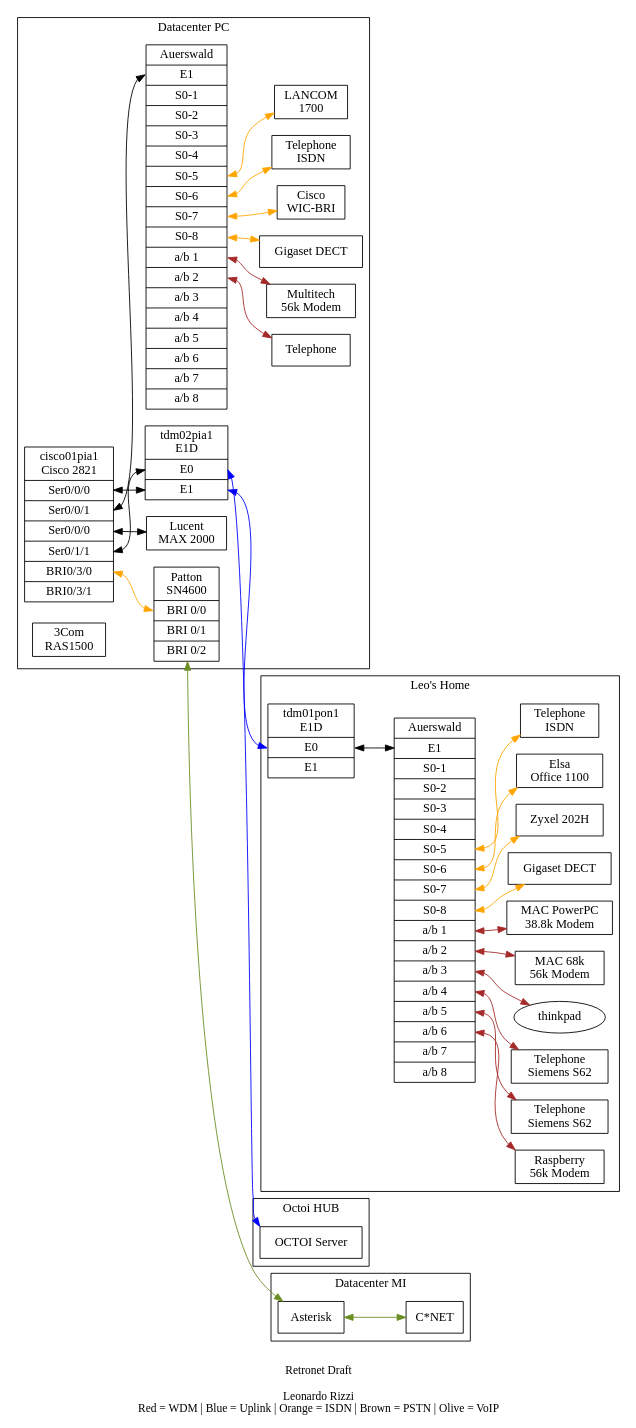
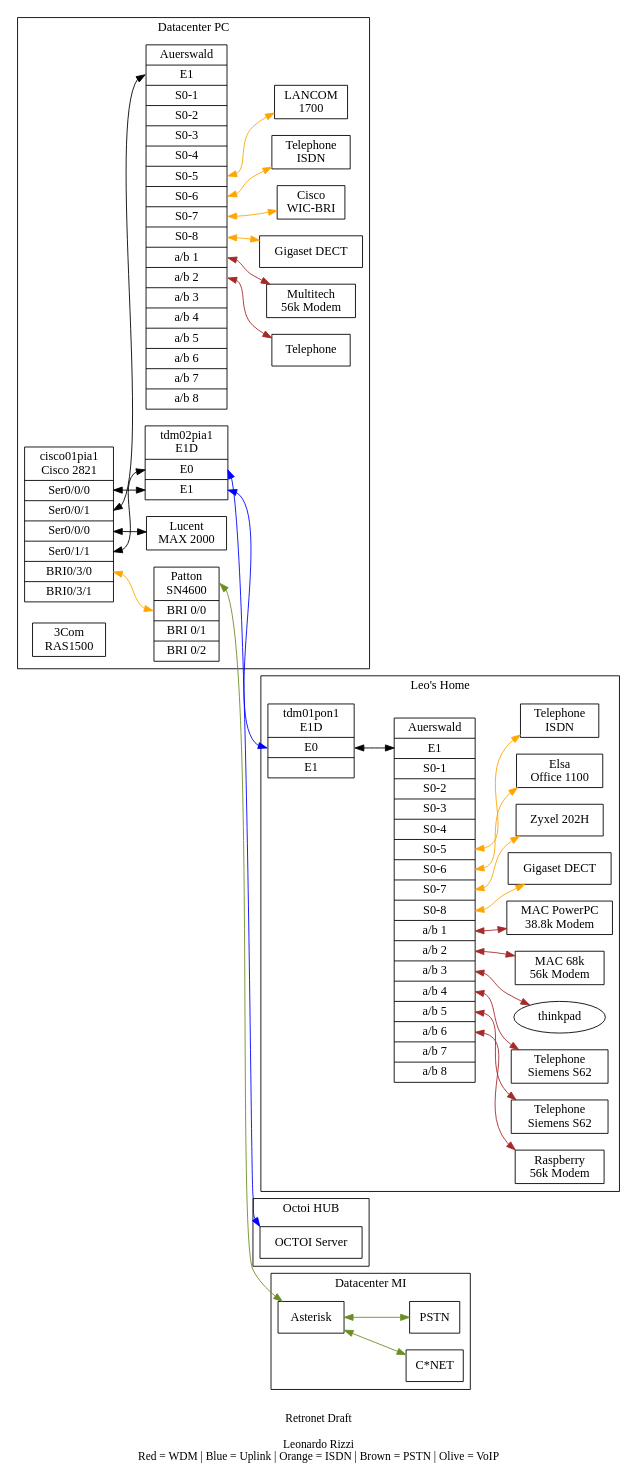
The diagram in e1d.gv (lrizzi/retronet), drawn with Graphviz before and after one commit. The commit also changed 5 other files, not shown here.

```diff
--- a/e1d.gv
+++ b/e1d.gv
@@ -1,151 +1,153 @@
 graph TDM {
 //graph [nodesep=0.5, ranksep=0.5];
 //rankdir=RL;
 rankdir=LR;
 //clusterrank=none
 compound=true;
 edge [dir="both"]
 //concentrate=true
 
 subgraph cluster0 {
   label="Datacenter PC";
   compt01pia1 [shape=record,label="<host>Auerswald|<e1>E1|<s01>S0-1|<s02>S0-2|<s03>S0-3|<s04>S0-4|<s05>S0-5|<s06>S0-6|<s07>S0-7|<s08>S0-8|<ab1>a/b 1|<ab2>a/b 2|<ab3>a/b 3|<ab4>a/b 4|<ab5>a/b 5|<ab6>a/b 6|<ab7>a/b 7|<ab8>a/b 8"];
   //tdm01pia1 [shape=record,label="<host>tdm01pia1\nPacketBand|<e1>E1"];
   tdm02pia1 [shape=record,label="<host>tdm02pia1\nE1D|<e0>E0|<e1>E1"];
 
   cisco01pia1 [shape=record,label="<host>cisco01pia1\nCisco 2821|<s000>Ser0/0/0|<s001>Ser0/0/1|<s010>Ser0/0/0|<s011>Ser0/1/1|<bri030>BRI0/3/0|<bri031>BRI0/3/1"];
 
   ras01pia1 [shape=record,label="<host>3Com\nRAS1500"]
   max01pia1 [shape=record,label="<host>Lucent\nMAX 2000"]
 
   r01pia1 [shape=record,label="<host>Cisco\nWIC-BRI"]
   r02pia1 [shape=record,label="<host>LANCOM\n1700"]
 
   modem01pia1 [shape=record,label="Multitech\n56k Modem"];
 
   tel01pia1 [shape=record,label="Telephone"];
 
 
   gigaset01pia1 [shape=record,label="Gigaset DECT"];
 
   itel01pia1 [shape=record,label="Telephone\nISDN"];
 
   patton01 [shape=record,label="<host>Patton\nSN4600|<bri00>BRI 0/0|<bri01>BRI 0/1|<bri02>BRI 0/2"]
 
   subgraph cluster_00 {
   label="External"
 //  Telnet [shape=record,label="<host>Telnet|<transit>Transit|<access>Access"];
 //  MinapF [shape=record,label="<host>Minap Telnet|<p01>Port 01|<p02> Port 02|<p03> Port 03"];
 }
 }
 
 subgraph cluster1 {
   label="Datacenter MI";
   //compt01mil1 [shape=record,label="<host>compt01mil1\nAuerswald|<e1>E1|<s01>S0-1|<s02>S0-2|<s03>S0-3|<s04>S0-4|<s05>S0-5|<s06>S0-6|<s07>S0-7|<s08>S0-8|"];
   //tdm01mil1 [shape=record,label="<host>tdm01mil1\nPacketBand|<e1>E1"];
   
   //r01mil1 [shape=record,label="<host>Cisco\nWIC-BRI"]
   //patton01mil1 [shape=record,label="<host>Patton\nSmartNode"]
   pbx02mil1 [shape=record,label="<host>Asterisk"]
 
   cnet [shape=record,label="<host>C*NET"]
+  pstn [shape=record,label="<host>PSTN"]
 
 
 
   // Service provider
   subgraph cluster_10 {
   label="External"
 }
 }
 
 subgraph cluster2 {
   label="Leo's Home";
   compt01pon1 [shape=record,label="<host>Auerswald|<e1>E1|<s01>S0-1|<s02>S0-2|<s03>S0-3|<s04>S0-4|<s05>S0-5|<s06>S0-6|<s07>S0-7|<s08>S0-8|<ab1>a/b 1|<ab2>a/b 2|<ab3>a/b 3|<ab4>a/b 4|<ab5>a/b 5|<ab6>a/b 6|<ab7>a/b 7|<ab8>a/b 8"];
   tdm01pon1 [shape=record,label="<host>tdm01pon1\nE1D|<e0>E0|<e1>E1"];
 
   gigaset01pon1 [shape=record,label="Gigaset DECT"];
   r02pon1 [shape=record,label="Zyxel 202H"]
   r01pon1 [shape=record,label="Elsa\nOffice 1100"]
 
 
   tel01pon1 [shape=record,label="Telephone\nSiemens S62"];
   tel02pon1 [shape=record,label="Telephone\nSiemens S62"];
 
   itel01pon1 [shape=record,label="Telephone\nISDN"];
   
   modem01pon1 [shape=record,label="MAC PowerPC\n38.8k Modem"];
   modem02pon1 [shape=record,label="MAC 68k\n56k Modem"];
   modem03pon1 [shape=record,label="Raspberry\n56k Modem"];
 
   thinkpad
 
 
   // Service provider
   subgraph cluster_20 {
   label="External"
 }
 }
 
 subgraph cluster3 {
   label="Octoi HUB";
 
 
   octoihub [shape=record,label="OCTOI Server"];
 
 }
 
 
 //tdm01mil1:host -- tdm01pia1:host [color=blue]
 tdm02pia1:e1 -- tdm01pon1:e0 [color=blue]
 tdm02pia1:e0 -- octoihub:host [color=blue]
 
 
 //PIA1
 cisco01pia1:s000 -- tdm02pia1:e1
 cisco01pia1:s001 -- compt01pia1:e1
 cisco01pia1:s010 -- max01pia1:e1
 cisco01pia1:s011 -- tdm02pia1:e0
 
 cisco01pia1:bri030 -- patton01:bri00 [color=orange]
 
 
 
 //compt01pia1:s01 -- patton01 [color=orange] temporary at PON1
 
 compt01pia1:s05 -- r02pia1 [color=orange]
 compt01pia1:s06 -- itel01pia1 [color=orange]
 compt01pia1:s07 -- r01pia1 [color=orange]
 compt01pia1:s08 -- gigaset01pia1 [color=orange]
 
 compt01pia1:ab1 -- modem01pia1 [color=brown]
 compt01pia1:ab2 -- tel01pia1 [color=brown]
 
 
 //MIL1
 //tdm01mil1:e1 -- compt01mil1:e1 
 //compt01mil1:s01 -- r01mil1 [color=orange]
 //compt01mil1:s02 -- patton01mil1 [color=orange]
-patton01 -- pbx02mil1 [color=olivedrab]
+patton01:host -- pbx02mil1 [color=olivedrab]
 pbx02mil1 -- cnet [color=olivedrab]
+pbx02mil1 -- pstn [color=olivedrab]
 
 //PON
 tdm01pon1:e0 -- compt01pon1:e1
 
 
 compt01pon1:s05 -- itel01pon1 [color=orange]
 compt01pon1:s06 -- r01pon1 [color=orange]
 compt01pon1:s07 -- r02pon1 [color=orange]
 compt01pon1:s08 -- gigaset01pon1 [color=orange]
 
 compt01pon1:ab1 -- modem01pon1 [color=brown]
 compt01pon1:ab2 -- modem02pon1 [color=brown]
 compt01pon1:ab3 -- thinkpad [color=brown]
 compt01pon1:ab4 -- tel01pon1 [color=brown]
 compt01pon1:ab5 -- tel02pon1 [color=brown]
 compt01pon1:ab6 -- modem03pon1 [color=brown]
 
 
 
 label = "\nRetronet Draft\n\nLeonardo Rizzi\nRed = WDM | Blue = Uplink | Orange = ISDN | Brown = PSTN | Olive = VoIP";
 fontsize=13;
 }
```
